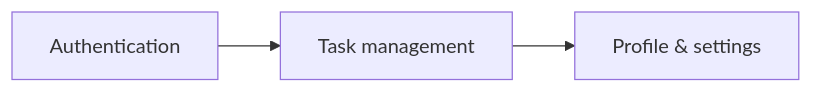
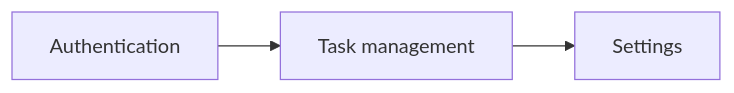
The third of 4 diagrams in docs/architecture.md (AKogut/mobile-task-manager-automation), drawn with Mermaid before and after one commit. The commit also changed other lines of this file and 15 other files, not shown here.

````diff
--- a/docs/architecture.md
+++ b/docs/architecture.md
@@ -96,9 +96,9 @@
 ```mermaid
 flowchart LR
   Auth["Authentication"]
   Tasks["Task management"]
-  Profile["Profile & settings"]
+  Settings["Settings"]
 
   Auth --> Tasks
-  Tasks --> Profile
+  Tasks --> Settings
 ```
````
